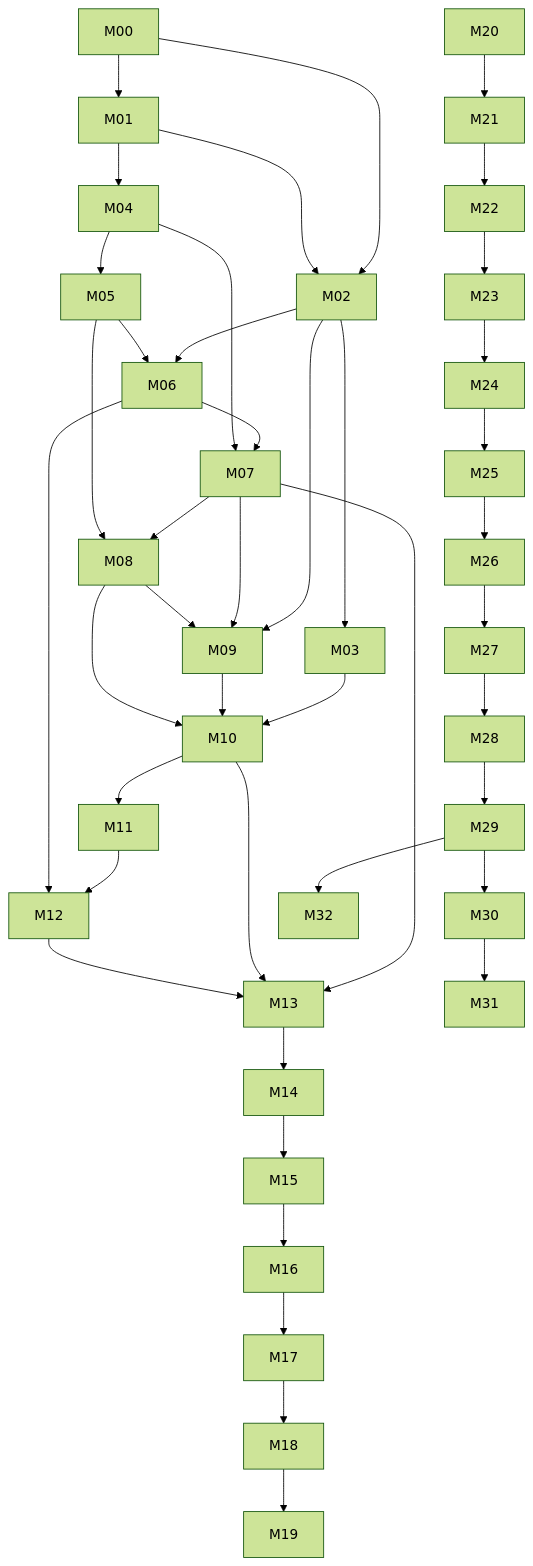
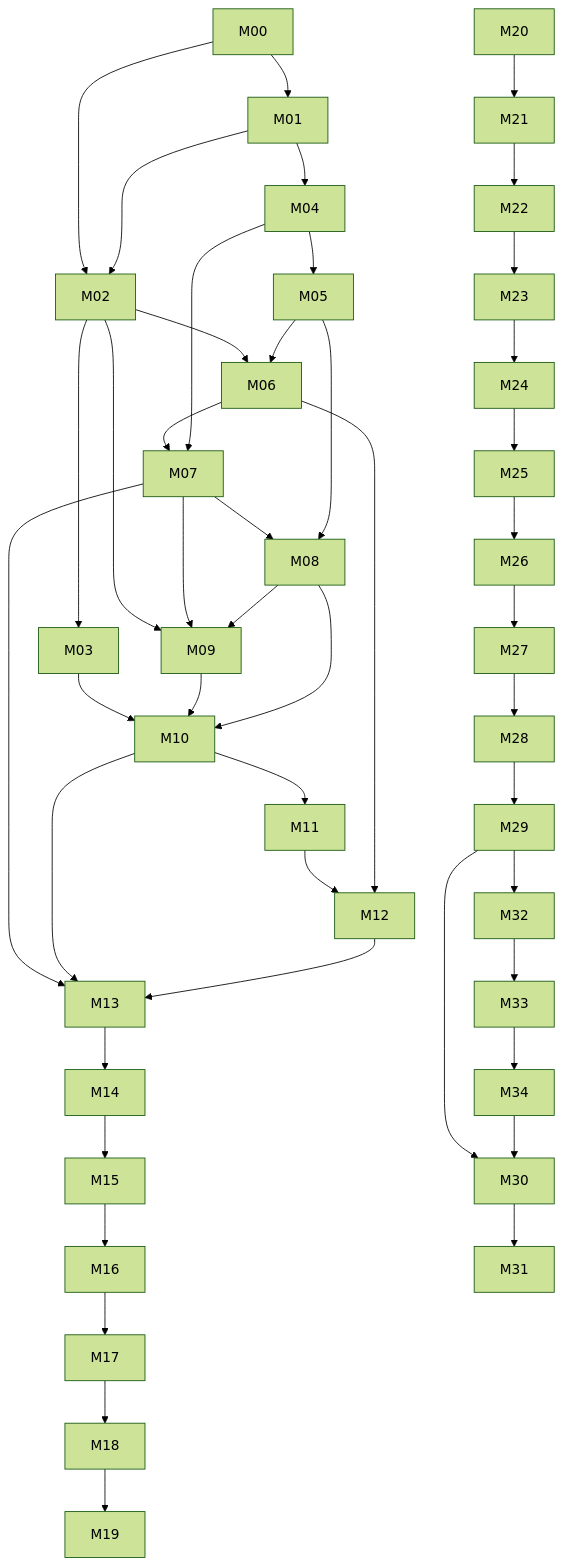
Before and after one commit to Crespillo95/schemabridge-codex-starter: the diagram in plans/MASTER_PLAN.md, drawn with Mermaid (forest theme). The commit also changed other lines of this file and 76 other files, not shown here.

````diff
--- a/plans/MASTER_PLAN.md
+++ b/plans/MASTER_PLAN.md
@@ -93,45 +99,48 @@
 ```mermaid
 graph TD
   M00 --> M01
   M00 --> M02
   M01 --> M02
   M02 --> M03
   M01 --> M04
   M04 --> M05
   M02 --> M06
   M05 --> M06
   M06 --> M07
   M04 --> M07
   M07 --> M08
   M05 --> M08
   M02 --> M09
   M07 --> M09
   M08 --> M09
   M03 --> M10
   M09 --> M10
   M08 --> M10
   M10 --> M11
   M11 --> M12
   M06 --> M12
   M07 --> M13
   M10 --> M13
   M12 --> M13
   M13 --> M14
   M14 --> M15
   M15 --> M16
   M16 --> M17
   M17 --> M18
   M18 --> M19
   M20 --> M21
   M21 --> M22
   M22 --> M23
   M23 --> M24
   M24 --> M25
   M25 --> M26
   M26 --> M27
   M27 --> M28
   M28 --> M29
   M29 --> M30
   M30 --> M31
   M29 --> M32
+  M32 --> M33
+  M33 --> M34
+  M34 --> M30
 ```
````
